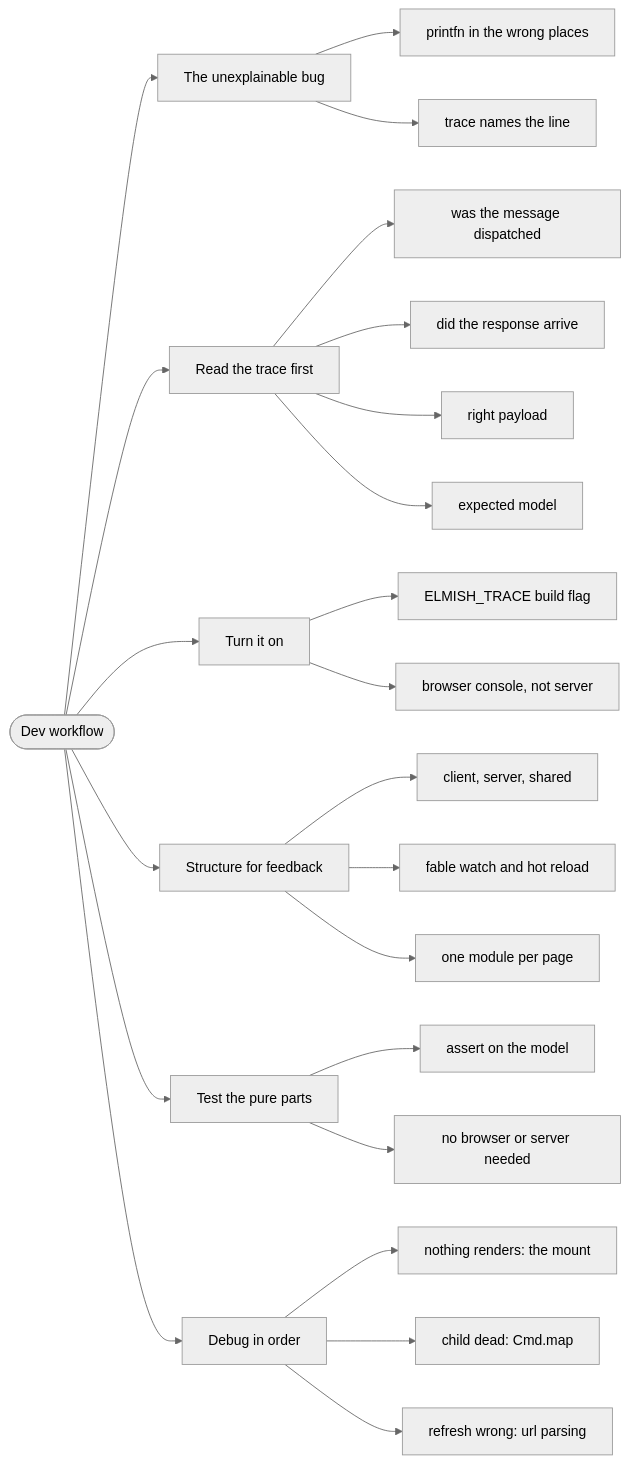
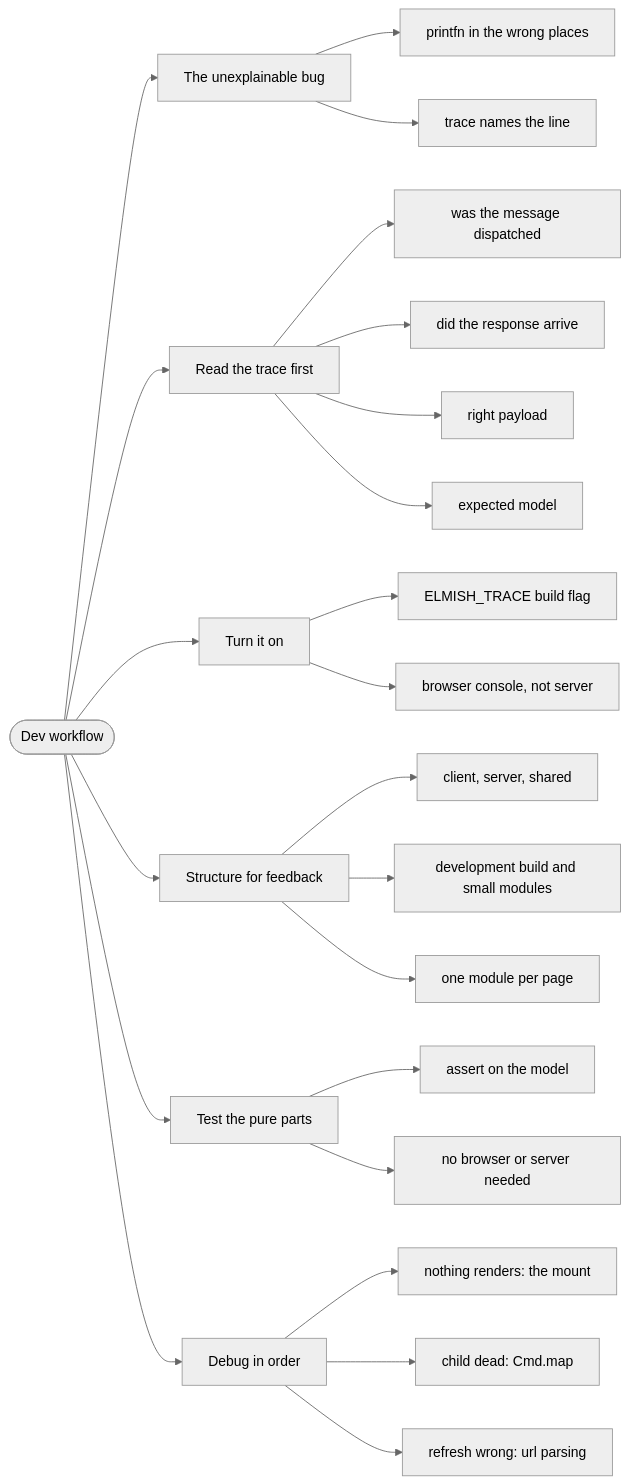
One commit to 42WASD/42wasd-community-web changed the diagram in docs/knowledge/dev-workflow/index.md. Above: the diagram before and after it, drawn with Mermaid (neutral theme). The commit also changed other lines of this file and 30 other files, not shown here.

````diff
--- a/docs/knowledge/dev-workflow/index.md
+++ b/docs/knowledge/dev-workflow/index.md
@@ -120,48 +126,48 @@
 ```mermaid
 flowchart LR
     n1(["Dev workflow"])
     n2["The unexplainable bug"]
     n3["printfn in the wrong places"]
     n4["trace names the line"]
     n5["Read the trace first"]
     n6["was the message dispatched"]
     n7["did the response arrive"]
     n8["right payload"]
     n9["expected model"]
     n10["Turn it on"]
     n11["ELMISH_TRACE build flag"]
     n12["browser console, not server"]
     n13["Structure for feedback"]
     n14["client, server, shared"]
-    n15["fable watch and hot reload"]
+    n15["development build and small modules"]
     n16["one module per page"]
     n17["Test the pure parts"]
     n18["assert on the model"]
     n19["no browser or server needed"]
     n20["Debug in order"]
     n21["nothing renders: the mount"]
     n22["child dead: Cmd.map"]
     n23["refresh wrong: url parsing"]
     n1 --> n2
     n2 --> n3
     n2 --> n4
     n1 --> n5
     n5 --> n6
     n5 --> n7
     n5 --> n8
     n5 --> n9
     n1 --> n10
     n10 --> n11
     n10 --> n12
     n1 --> n13
     n13 --> n14
     n13 --> n15
     n13 --> n16
     n1 --> n17
     n17 --> n18
     n17 --> n19
     n1 --> n20
     n20 --> n21
     n20 --> n22
     n20 --> n23
 ```
````
